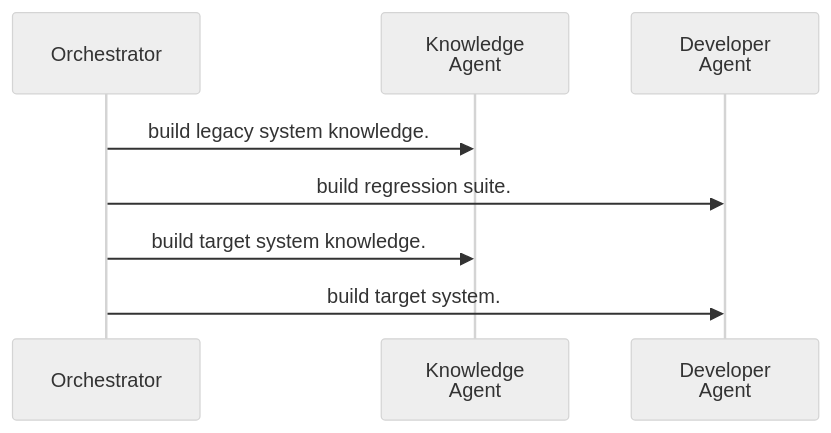
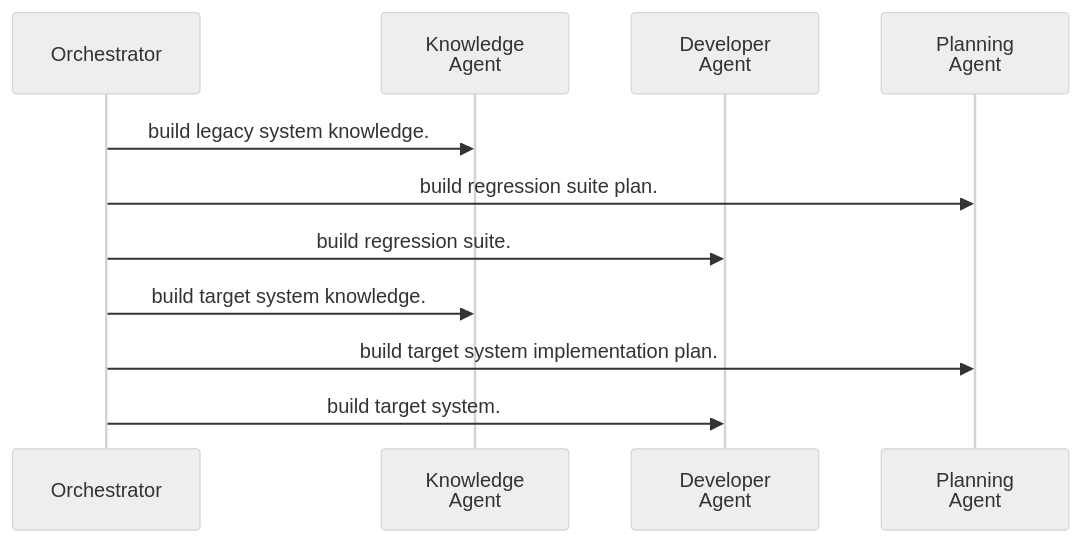
Before and after one commit to Tyler-R-Kendrick/project-khepri: the first of 2 diagrams in README.md, drawn with Mermaid (neutral theme).

Commit message:
Add Planning Agent interactions to the regression suite sequence diagram in README

````diff
--- a/README.md
+++ b/README.md
@@ -17,11 +17,14 @@
 ```mermaid
 sequenceDiagram
     participant orch as Orchestrator
     participant know as Knowledge<br/>Agent
     participant dev as Developer<br/>Agent
+    participant planner as Planning<br/>Agent
 
     orch->>know: build legacy system knowledge.
+    orch->>planner: build regression suite plan.
     orch->>dev: build regression suite.
     orch->>know: build target system knowledge.
+    orch->>planner: build target system implementation plan.
     orch->>dev: build target system.
 ```
````
